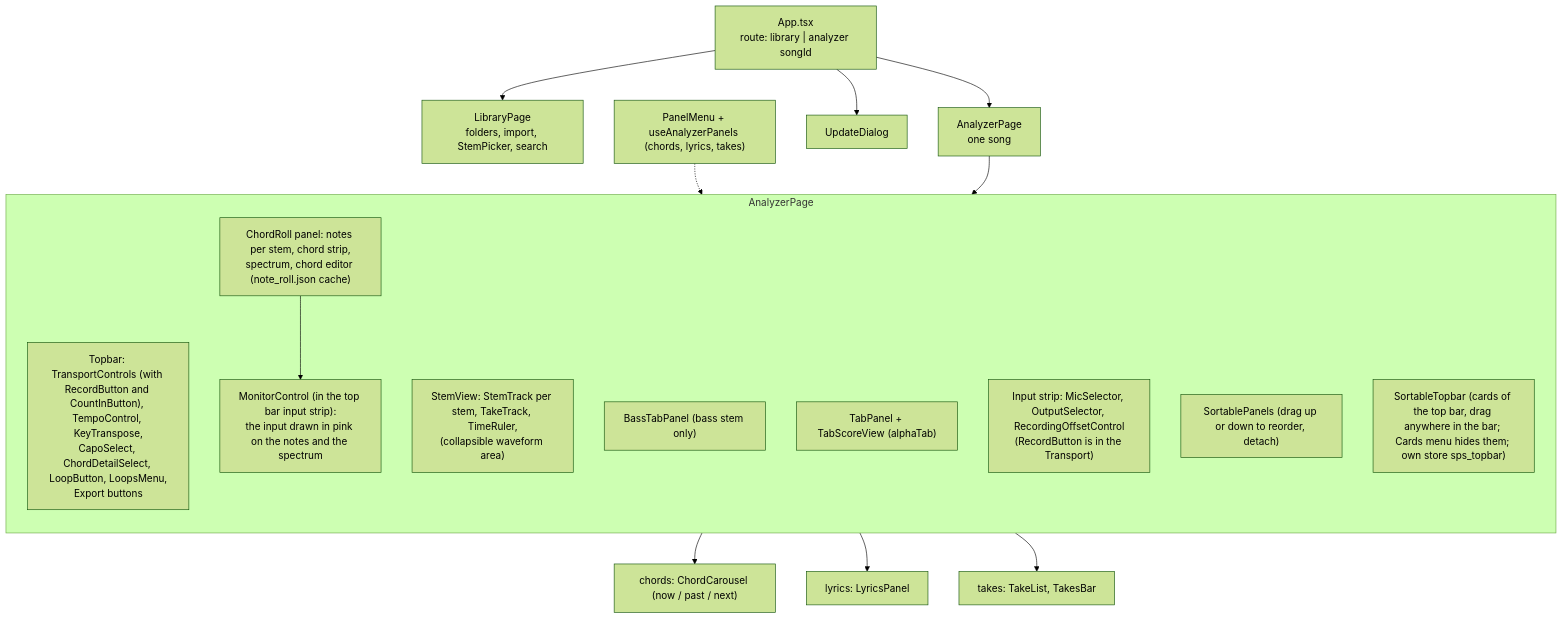
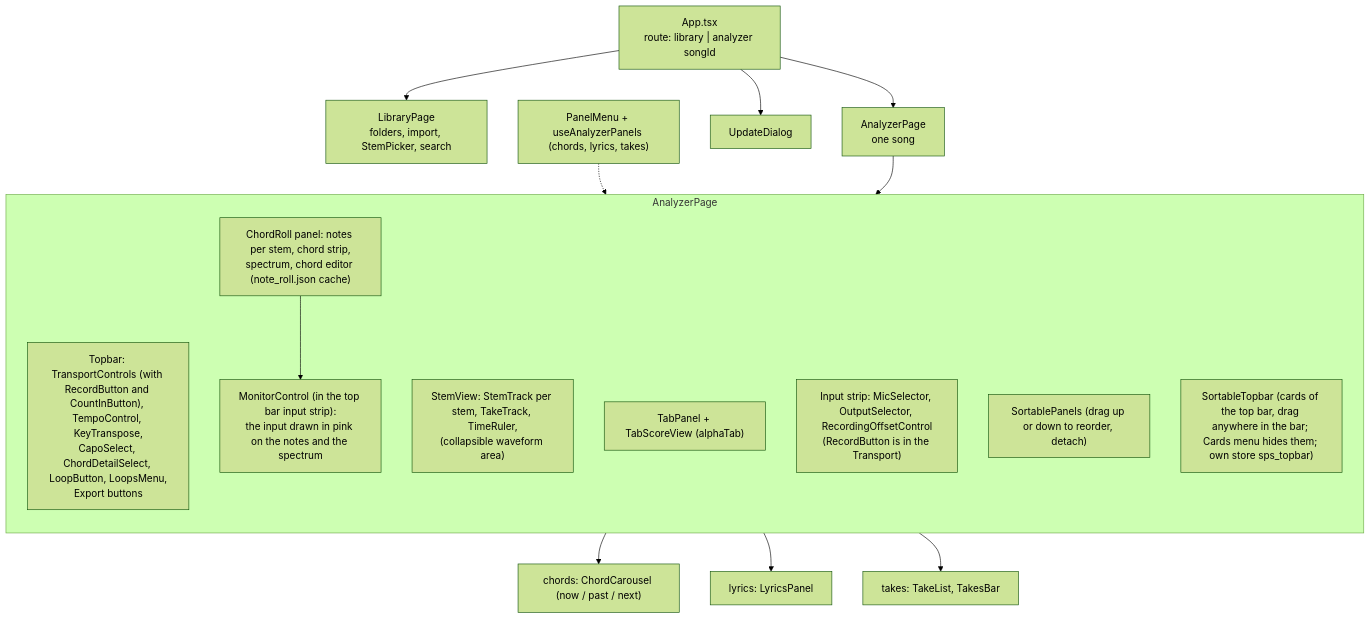
Before and after one commit to giamat90/SongPracticeStudio: the second of 16 diagrams in wiki/uml.md, drawn with Mermaid (forest theme). The commit also changed other lines of this file and 26 other files, not shown here.

First line of the commit message:
refactor: remove the bass tab

````diff
--- a/wiki/uml.md
+++ b/wiki/uml.md
@@ -69,27 +69,26 @@
 ```mermaid
 flowchart TB
     APP["App.tsx<br/>route: library | analyzer songId"]
     APP --> LP["LibraryPage<br/>folders, import, StemPicker, search"]
     APP --> AP["AnalyzerPage<br/>one song"]
     APP --> UD["UpdateDialog"]
 
     subgraph ap["AnalyzerPage"]
         direction TB
         TOP["Topbar: TransportControls (with RecordButton and CountInButton), TempoControl, KeyTranspose,<br/>CapoSelect, ChordDetailSelect, LoopButton, LoopsMenu,<br/>Export buttons"]
         SV["StemView: StemTrack per stem, TakeTrack, TimeRuler,<br/>(collapsible waveform area)"]
         CR["ChordRoll panel: notes per stem, chord strip,<br/>spectrum, chord editor (note_roll.json cache)"]
         MON["MonitorControl (in the top bar input strip):<br/>the input drawn in pink on the notes and the spectrum"]
-        BT["BassTabPanel (bass stem only)"]
         TB["TabPanel + TabScoreView (alphaTab)"]
         REC["Input strip: MicSelector, OutputSelector, RecordingOffsetControl<br/>(RecordButton is in the Transport)"]
         SP["SortablePanels (drag up or down to reorder, detach)"]
         STB["SortableTopbar (cards of the top bar, drag anywhere in the bar; Cards menu hides them; own store sps_topbar)"]
     end
     AP --> ap
     CR --> MON
     SP --> P1["chords: ChordCarousel (now / past / next)"]
     SP --> P2["lyrics: LyricsPanel"]
     SP --> P3["takes: TakeList, TakesBar"]
     PM["PanelMenu + useAnalyzerPanels (chords, lyrics, takes)"]
     PM -.-> SP
 ```
````
